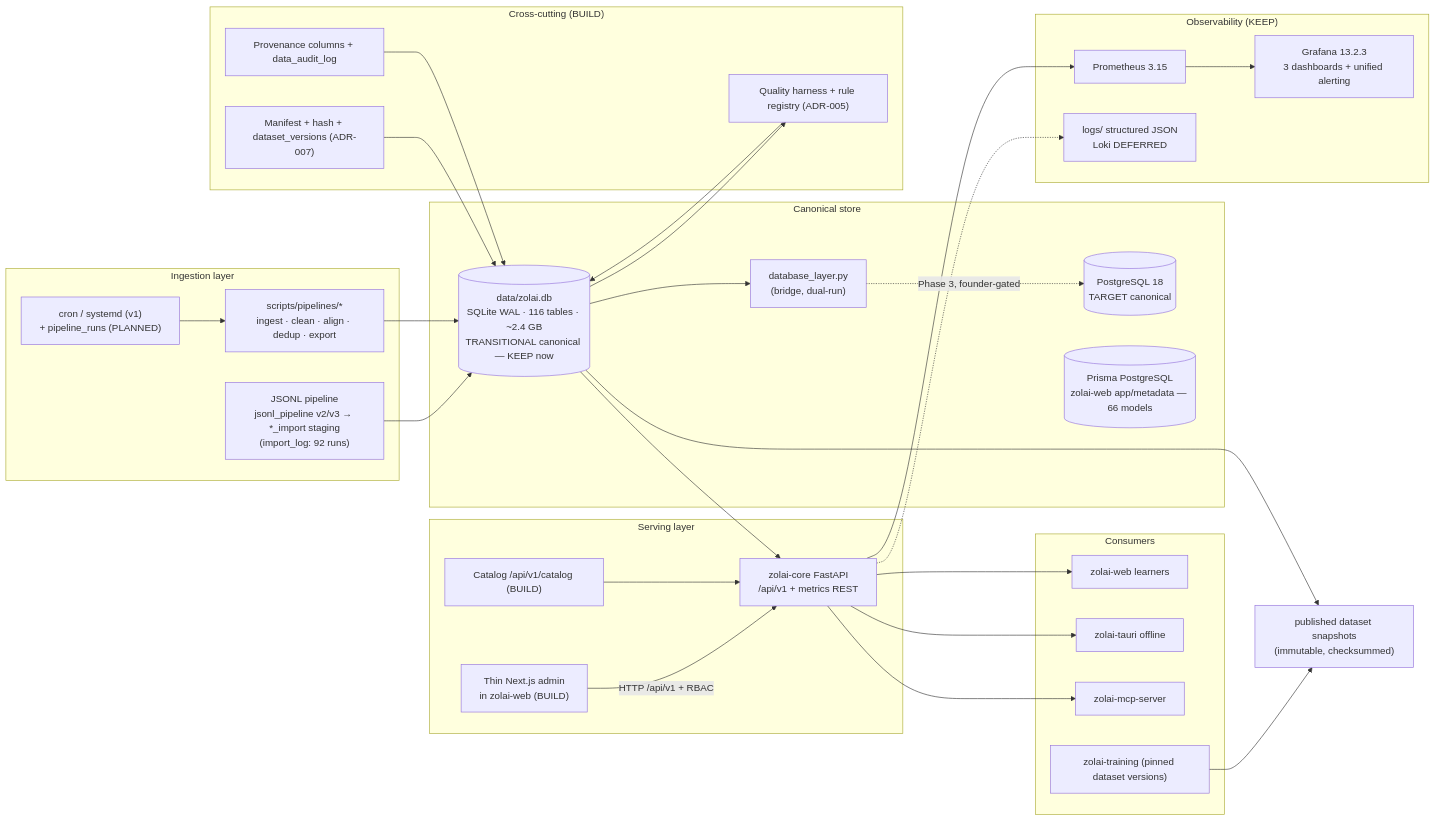
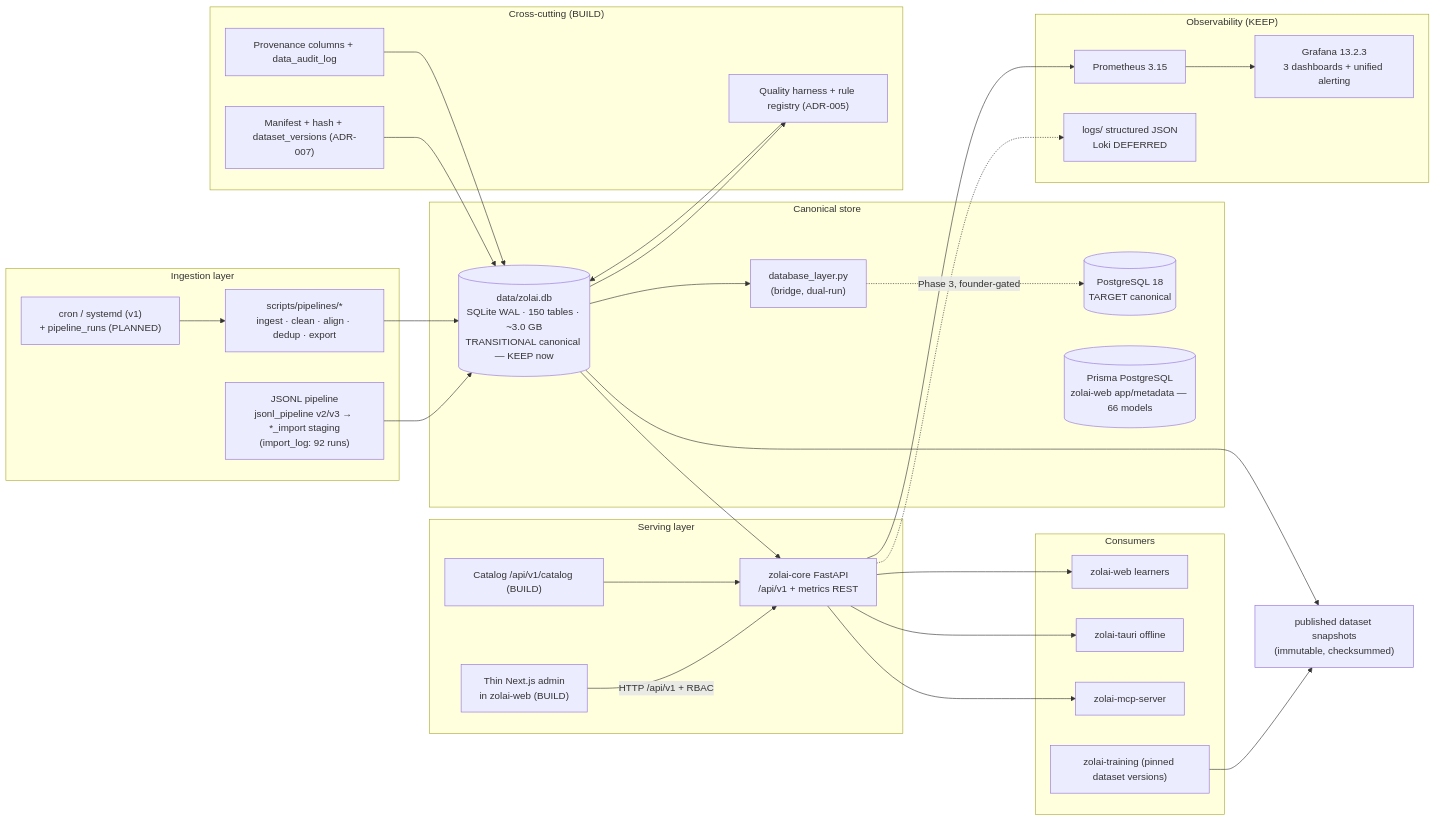
Before and after one commit to Zolai-AI/.github: the second of 2 diagrams in docs/architecture/overview.md, drawn with Mermaid. The commit also changed 13 other files, not shown here.

````diff
--- a/docs/architecture/overview.md
+++ b/docs/architecture/overview.md
@@ -81,59 +81,59 @@
 ```mermaid
 flowchart LR
   subgraph Ingestion["Ingestion layer"]
     JSONL["JSONL pipeline<br/>jsonl_pipeline v2/v3 → *_import staging<br/>(import_log: 92 runs)"]
     SCRIPTS["scripts/pipelines/*<br/>ingest · clean · align · dedup · export"]
     CRON["cron / systemd (v1)<br/>+ pipeline_runs (PLANNED)"]
     CRON --> SCRIPTS
   end
 
   subgraph Canonical["Canonical store"]
-    DB[("data/zolai.db<br/>SQLite WAL · 116 tables · ~2.4 GB<br/>TRANSITIONAL canonical — KEEP now")]
+    DB[("data/zolai.db<br/>SQLite WAL · 150 tables · ~3.0 GB<br/>TRANSITIONAL canonical — KEEP now")]
     BR["database_layer.py<br/>(bridge, dual-run)"]
     DB --> BR
     BR -.->|"Phase 3, founder-gated"| PG[("PostgreSQL 18<br/>TARGET canonical")]
     PRISMA[("Prisma PostgreSQL<br/>zolai-web app/metadata — 66 models")]
   end
 
   subgraph Serving["Serving layer"]
     API["zolai-core FastAPI<br/>/api/v1 + metrics REST"]
     ADMIN["Thin Next.js admin<br/>in zolai-web (BUILD)"]
     CAT["Catalog /api/v1/catalog (BUILD)"]
   end
 
   subgraph Consumers["Consumers"]
     WEB2["zolai-web learners"]
     TAURI2["zolai-tauri offline"]
     MCP2["zolai-mcp-server"]
     TRAIN["zolai-training (pinned dataset versions)"]
   end
 
   subgraph Observability["Observability (KEEP)"]
     PROM["Prometheus 3.15"]
     GRAF["Grafana 13.2.3<br/>3 dashboards + unified alerting"]
     LOGS["logs/ structured JSON<br/>Loki DEFERRED"]
   end
 
   subgraph Crosscut["Cross-cutting (BUILD)"]
     QUAL["Quality harness + rule registry (ADR-005)"]
     PROV["Provenance columns + data_audit_log"]
     VER["Manifest + hash + dataset_versions (ADR-007)"]
   end
 
   JSONL --> DB
   SCRIPTS --> DB
   DB --> API
   DB --> QUAL
   QUAL --> DB
   VER --> DB
   PROV --> DB
   API --> WEB2
   API --> TAURI2
   API --> MCP2
   ADMIN -->|"HTTP /api/v1 + RBAC"| API
   CAT --> API
   TRAIN --> DS2["published dataset snapshots<br/>(immutable, checksummed)"]
   DB --> DS2
   API --> PROM --> GRAF
   API -.-> LOGS
 ```
````
